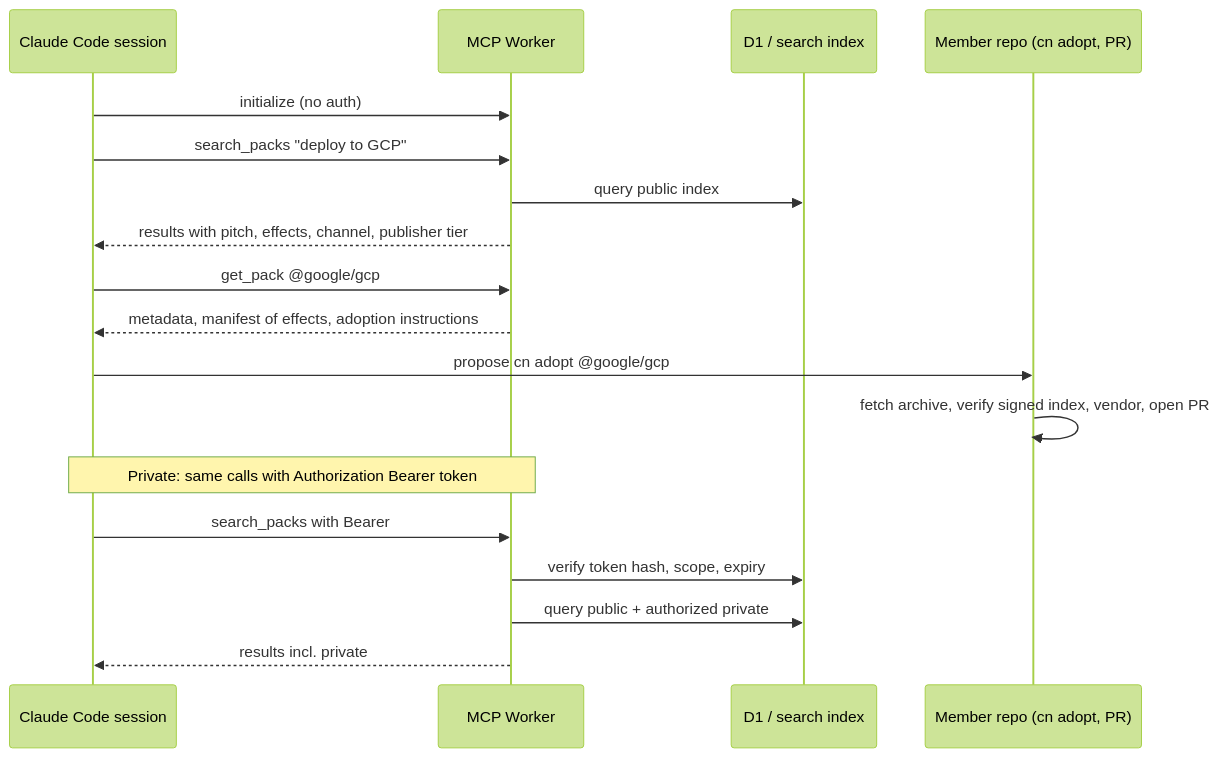
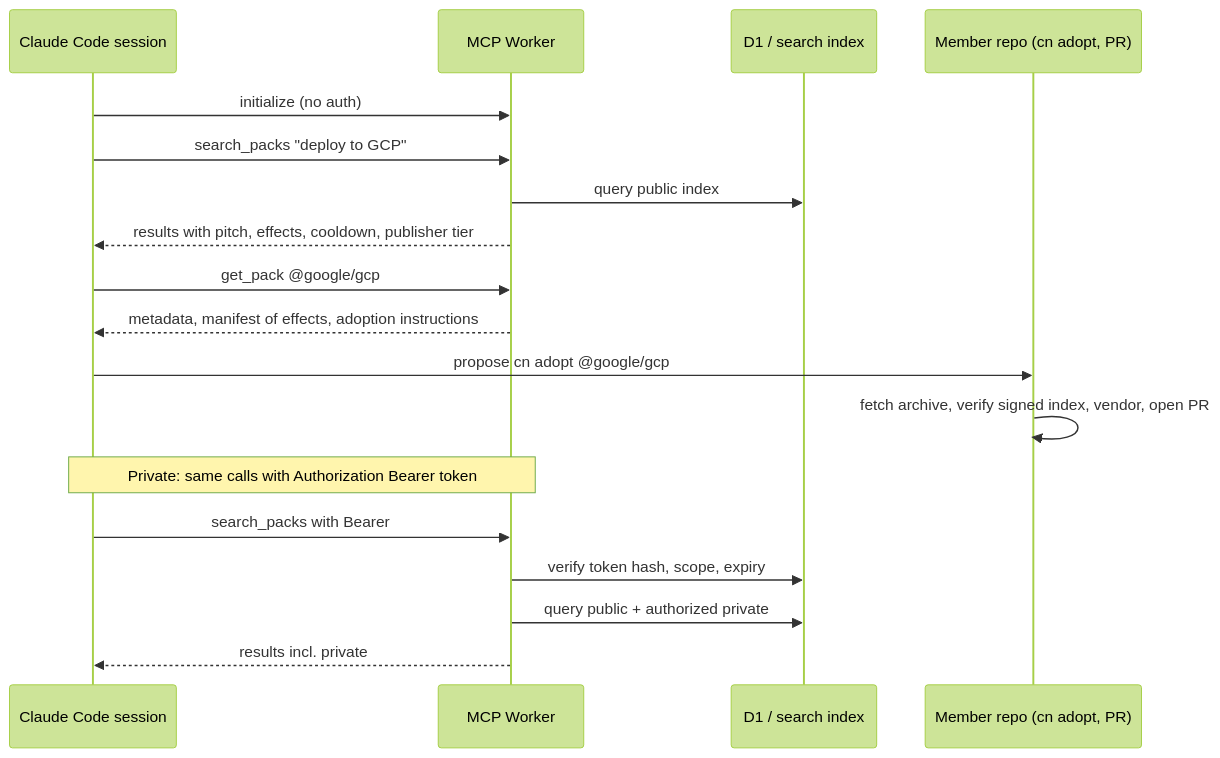
One commit to Claudinite/PackServer changed diagram 11 of 13 in docs/ui/flows.md. Above: the diagram before and after it, drawn with Mermaid (forest theme). The commit also changed other lines of this file and 6 other files, not shown here.

````diff
--- a/docs/ui/flows.md
+++ b/docs/ui/flows.md
@@ -480,20 +480,20 @@
 ```mermaid
 sequenceDiagram
   participant Ag as Claude Code session
   participant M as MCP Worker
   participant D as D1 / search index
   participant Repo as Member repo (cn adopt, PR)
   Ag->>M: initialize (no auth)
   Ag->>M: search_packs "deploy to GCP"
   M->>D: query public index
-  M-->>Ag: results with pitch, effects, channel, publisher tier
+  M-->>Ag: results with pitch, effects, cooldown, publisher tier
   Ag->>M: get_pack @google/gcp
   M-->>Ag: metadata, manifest of effects, adoption instructions
   Ag->>Repo: propose cn adopt @google/gcp
   Repo->>Repo: fetch archive, verify signed index, vendor, open PR
   Note over Ag,M: Private: same calls with Authorization Bearer token
   Ag->>M: search_packs with Bearer
   M->>D: verify token hash, scope, expiry
   M->>D: query public + authorized private
   M-->>Ag: results incl. private
 ```
````
